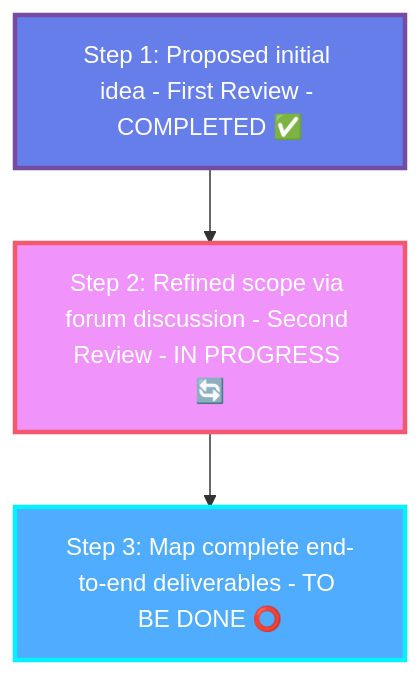
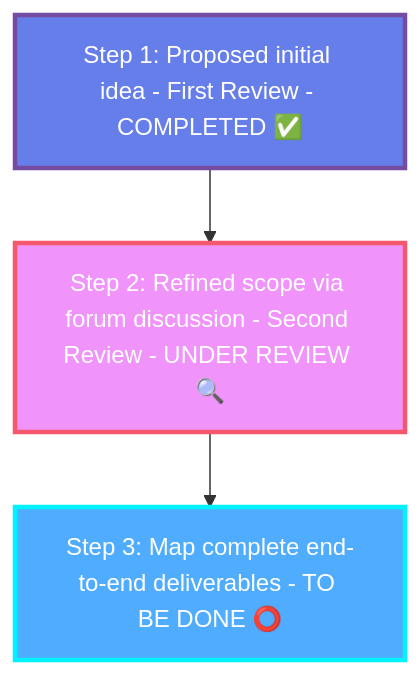
Before and after one commit to Pritz395/proposal-draft: the diagram in Overall Progress tracking.md, drawn with Mermaid.

Commit message:
Update progress: Step 2 (Second Review) under review

````diff
--- a/Overall Progress tracking.md
+++ b/Overall Progress tracking.md
@@ -1,13 +1,13 @@
 ```mermaid
 graph TD
     A[Step 1: Proposed initial idea - First Review - COMPLETED ✅]
-    B[Step 2: Refined scope via forum discussion - Second Review - IN PROGRESS 🔄]
+    B[Step 2: Refined scope via forum discussion - Second Review - UNDER REVIEW 🔍]
     C[Step 3: Map complete end-to-end deliverables - TO BE DONE ⭕]
     
     A --> B
     B --> C
     
     style A fill:#667eea,stroke:#764ba2,stroke-width:3px,color:#fff
     style B fill:#f093fb,stroke:#f5576c,stroke-width:3px,color:#fff
     style C fill:#4facfe,stroke:#00f2fe,stroke-width:3px,color:#fff
 ```
````
